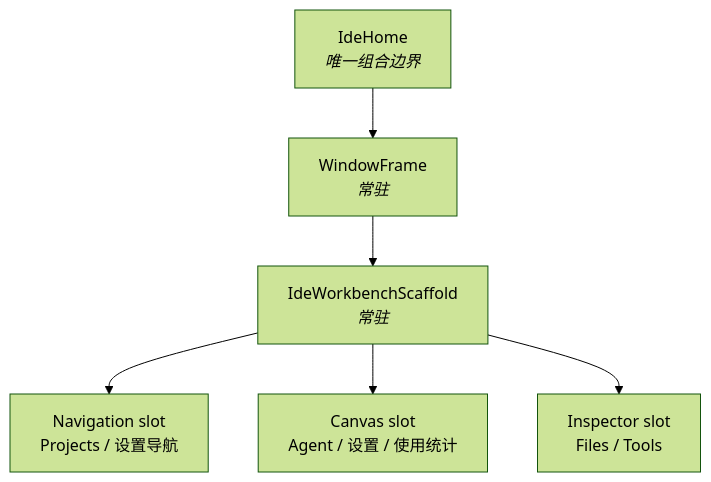
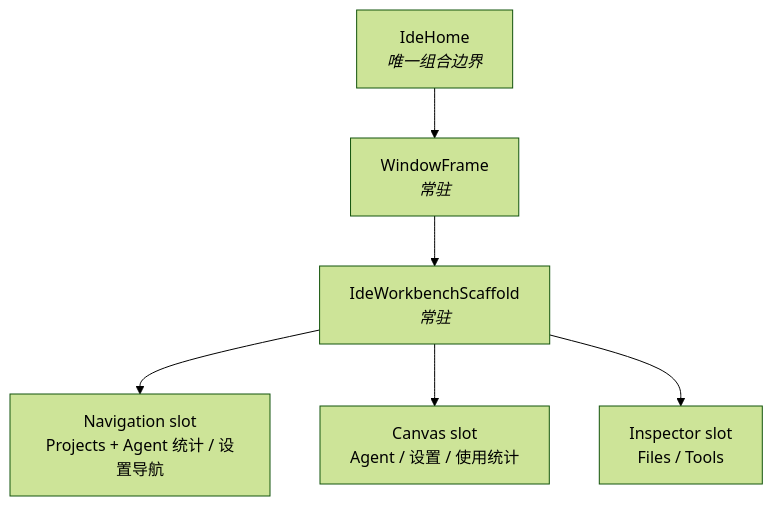
The fifth of 5 diagrams in docs/architecture/overview.md (linpeilie/zeta), drawn with Mermaid (forest theme) before and after one commit. The commit also changed other lines of this file and 7 other files, not shown here.

````diff
--- a/docs/architecture/overview.md
+++ b/docs/architecture/overview.md
@@ -166,8 +166,8 @@
 ```mermaid
 flowchart TD
     home["IdeHome<br/><i>唯一组合边界</i>"] --> frame["WindowFrame<br/><i>常驻</i>"]
     frame --> scaffold["IdeWorkbenchScaffold<br/><i>常驻</i>"]
-    scaffold --> nav["Navigation slot<br/>Projects / 设置导航"]
+    scaffold --> nav["Navigation slot<br/>Projects + Agent 统计 / 设置导航"]
     scaffold --> canvas["Canvas slot<br/>Agent / 设置 / 使用统计"]
     scaffold --> insp["Inspector slot<br/>Files / Tools"]
 ```
````
